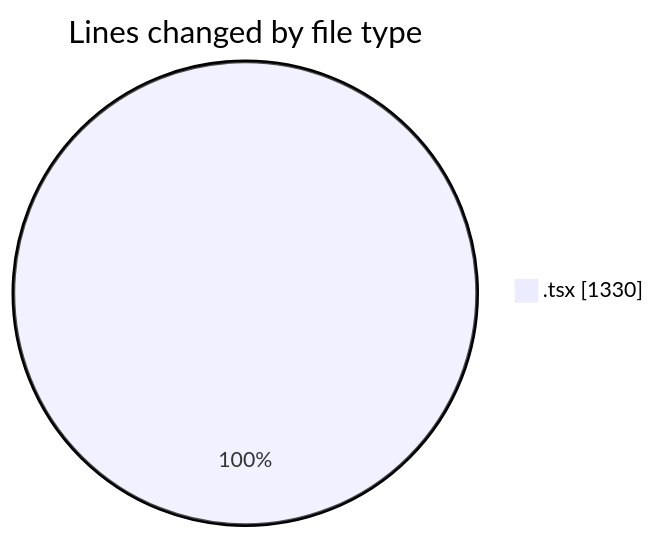
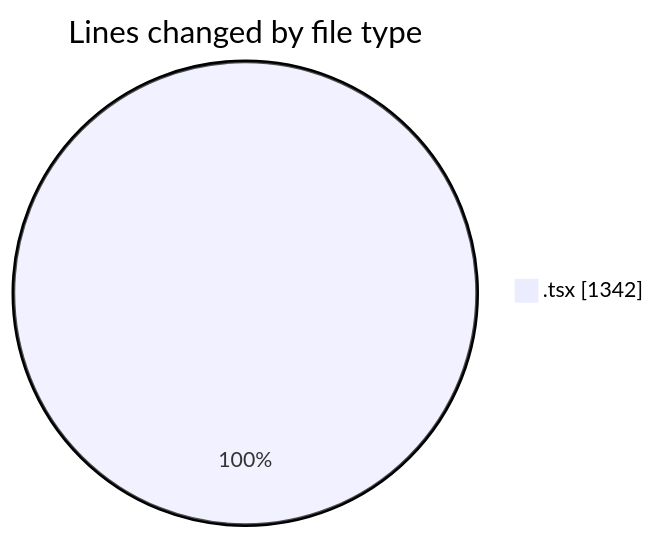
One commit to nxtqubesakshisongat/code-tracking changed the first of 2 diagrams in 2026-02-02/nxtqube_webapp/README.md. Above: the diagram before and after it, drawn with Mermaid. The commit also changed other lines of this file and 1 other file, not shown here.

````diff
--- a/2026-02-02/nxtqube_webapp/README.md
+++ b/2026-02-02/nxtqube_webapp/README.md
@@ -23,5 +23,5 @@
 ```mermaid
 pie showData
 title Lines changed by file type
-".tsx" : 1330
+".tsx" : 1342
 ```
````
